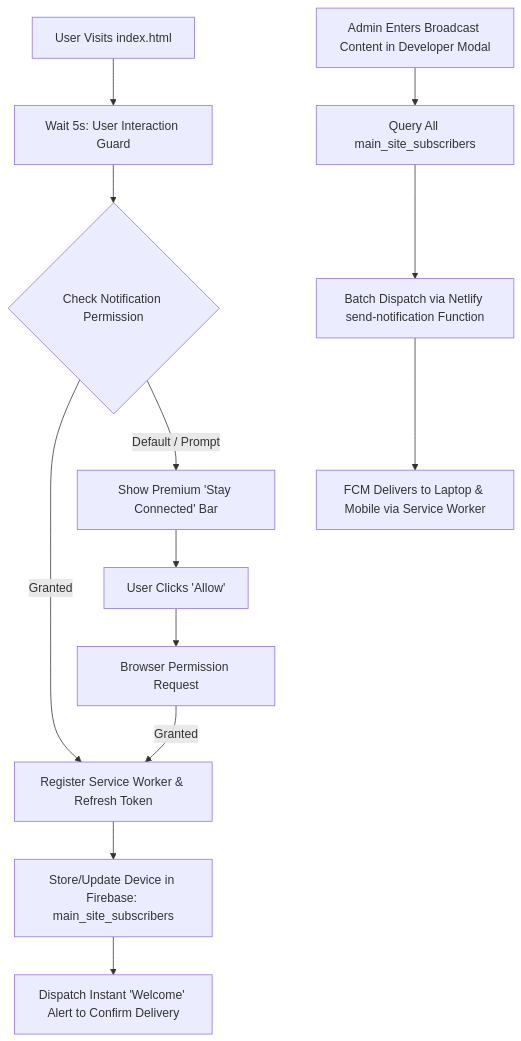
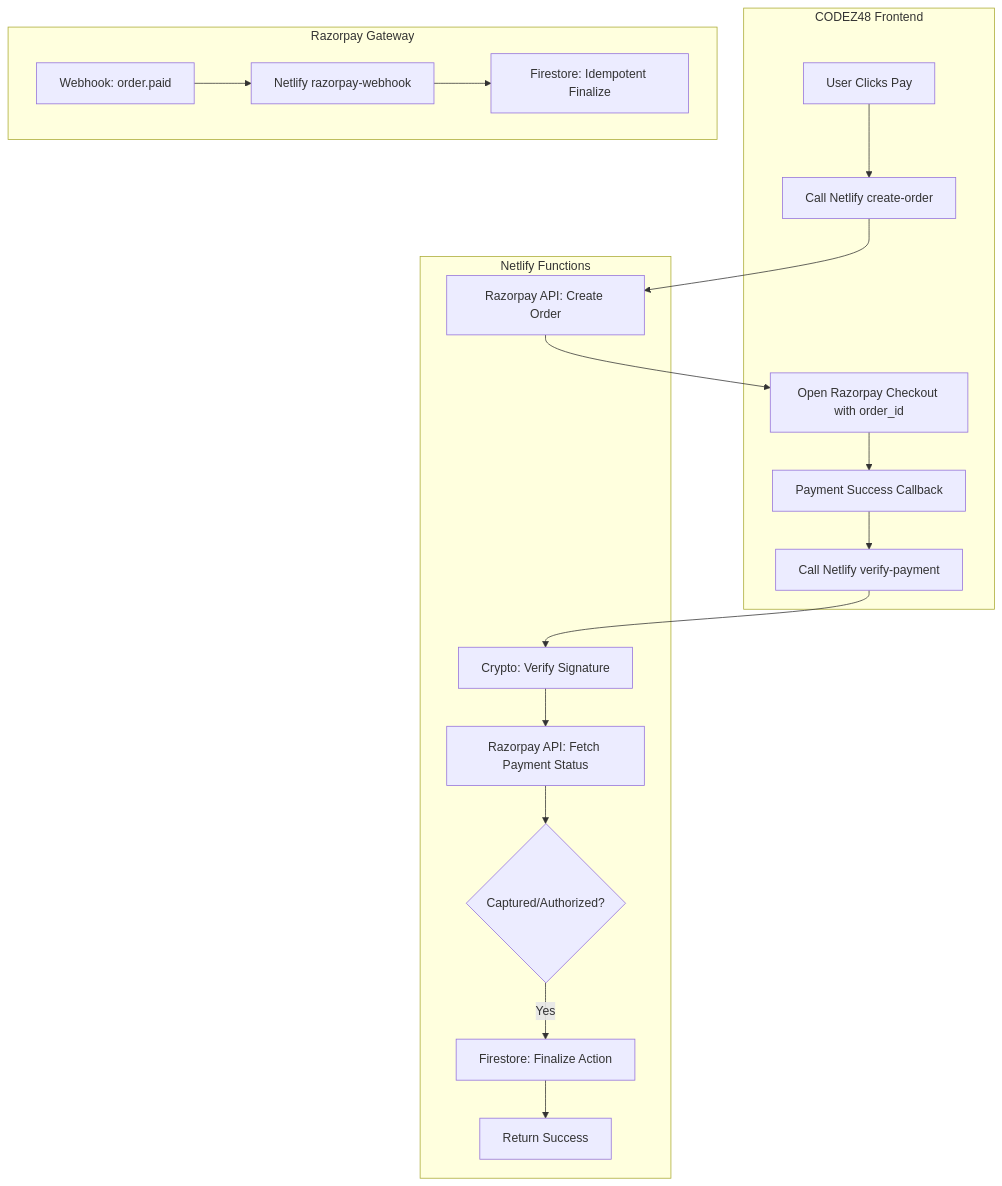
The diagram in .artifacts/074f8ead-9721-4f77-87d0-951ebe4b1d7d/implementation_plan.artifact.md (Suriya663/codez48-web-automation), drawn with Mermaid before and after one commit. The commit also changed other lines of this file and 17 other files, not shown here.

Commit message:
Update Netlify function, mail notification, and site intelligence engine

````diff
--- a/.artifacts/074f8ead-9721-4f77-87d0-951ebe4b1d7d/implementation_plan.artifact.md
+++ b/.artifacts/074f8ead-9721-4f77-87d0-951ebe4b1d7d/implementation_plan.artifact.md
@@ -7,20 +7,23 @@
 ```mermaid
 flowchart TD
-    A[User Visits index.html] --> B[Wait 5s: User Interaction Guard]
+    subgraph Frontend [CODEZ48 Frontend]
+        A[User Clicks Pay] --> B[Call Netlify create-order]
+        C[Open Razorpay Checkout with order_id] --> D[Payment Success Callback]
+        D --> E[Call Netlify verify-payment]
+    end
 
-    B --> C{Check Notification Permission}
+    subgraph Backend [Netlify Functions]
+        B --> F[Razorpay API: Create Order]
+        F --> C
+        E --> G[Crypto: Verify Signature]
+        G --> H[Razorpay API: Fetch Payment Status]
+        H --> I{Captured/Authorized?}
+        I -->|Yes| J[Firestore: Finalize Action]
+        J --> K[Return Success]
+    end
 
-    C -->|Granted| D[Register Service Worker & Refresh Token]
-    C -->|Default / Prompt| E[Show Premium 'Stay Connected' Bar]
-
-    E --> F[User Clicks 'Allow']
-    F --> G[Browser Permission Request]
-    G -->|Granted| D
-
-    D --> H[Store/Update Device in Firebase: main_site_subscribers]
-    H --> I[Dispatch Instant 'Welcome' Alert to Confirm Delivery]
-
-    J[Admin Enters Broadcast Content in Developer Modal] --> K[Query All main_site_subscribers]
-    K --> L[Batch Dispatch via Netlify send-notification Function]
-    L --> M[FCM Delivers to Laptop & Mobile via Service Worker]
+    subgraph Razorpay [Razorpay Gateway]
+        L[Webhook: order.paid] --> M[Netlify razorpay-webhook]
+        M --> N[Firestore: Idempotent Finalize]
+    end
 ```
````
